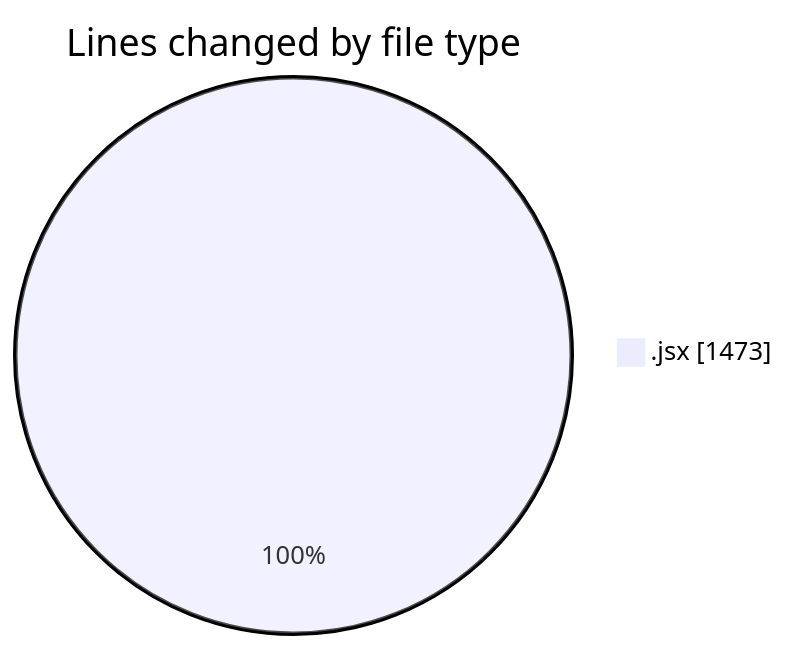
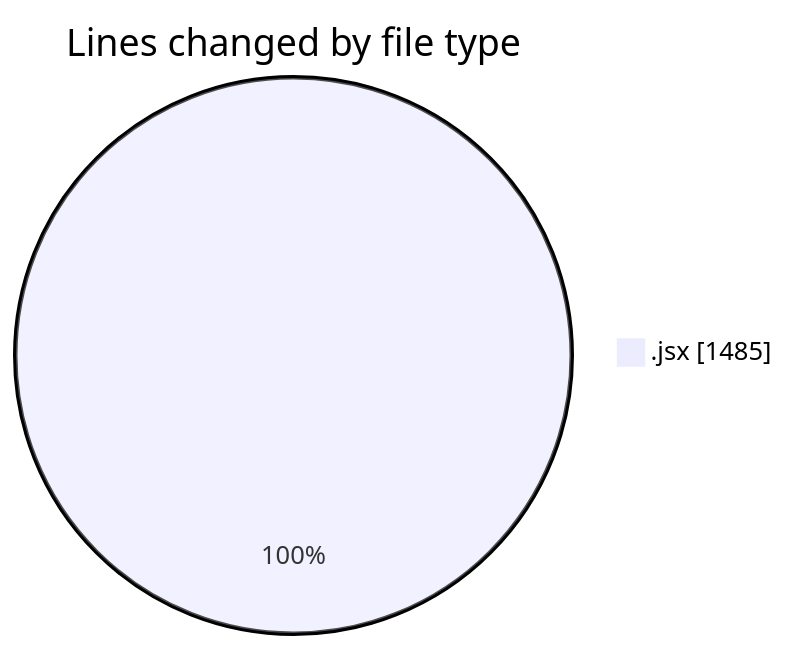
One commit to nxtqubesakshisongat/code-tracking changed the first of 2 diagrams in 2025-11-06/nxtqube_webapp/README.md. Above: the diagram before and after it, drawn with Mermaid. The commit also changed other lines of this file and 1 other file, not shown here.

````diff
--- a/2025-11-06/nxtqube_webapp/README.md
+++ b/2025-11-06/nxtqube_webapp/README.md
@@ -22,5 +22,5 @@
 ```mermaid
 pie showData
 title Lines changed by file type
-".jsx" : 1473
+".jsx" : 1485
 ```
````
